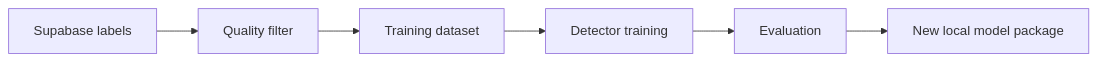
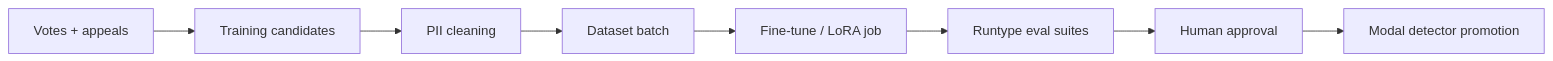
One commit to Jiyungi/slop-frog changed the second of 2 diagrams in specs/slop-frog/design.md. Above: the diagram before and after it, drawn with Mermaid. The commit also changed other lines of this file and 4 other files, not shown here.

````diff
--- a/specs/slop-frog/design.md
+++ b/specs/slop-frog/design.md
@@ -445,8 +415,10 @@
 ```mermaid
 graph LR
-    Labels[Supabase labels] --> Select[Quality filter]
-    Select --> Dataset[Training dataset]
-    Dataset --> Train[Detector training]
-    Train --> Eval[Evaluation]
-    Eval --> Release[New local model package]
+    Votes[Votes + appeals] --> Candidates[Training candidates]
+    Candidates --> Clean[PII cleaning]
+    Clean --> Batch[Dataset batch]
+    Batch --> Train[Fine-tune / LoRA job]
+    Train --> Eval[Runtype eval suites]
+    Eval --> Review[Human approval]
+    Review --> Promote[Modal detector promotion]
 ```
````
